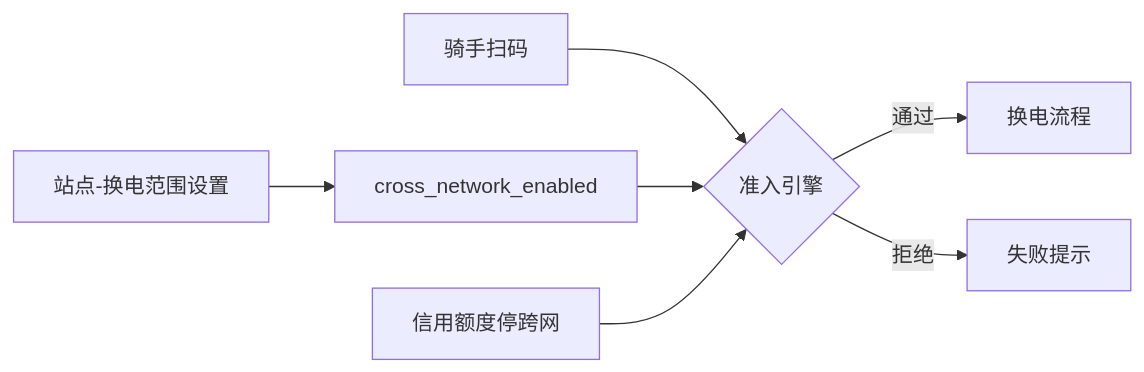
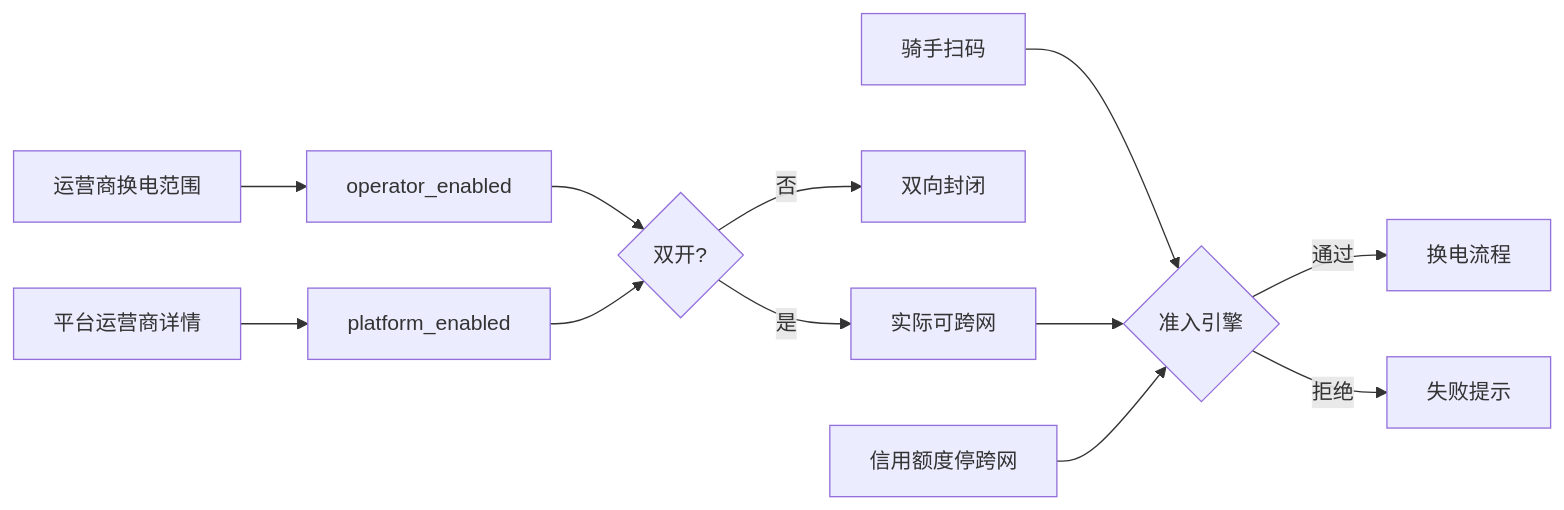
Before and after one commit to liudali/rider-swap-operator-prototype: the ninth of 16 diagrams in docs/功能结构与业务流程.md, drawn with Mermaid. The commit also changed other lines of this file and 35 other files, not shown here.

````diff
--- a/docs/功能结构与业务流程.md
+++ b/docs/功能结构与业务流程.md
@@ -338,9 +338,14 @@
 ```mermaid
 flowchart LR
-  CFG[站点-换电范围设置] --> NET[cross_network_enabled]
+  CFG[运营商换电范围] --> OP[operator_enabled]
+  CFG2[平台运营商详情] --> PL[platform_enabled]
+  OP --> AND{双开?}
+  PL --> AND
+  AND -->|是| NET[实际可跨网]
+  AND -->|否| BLOCK[双向封闭]
   SCAN[骑手扫码] --> GATE{准入引擎}
   NET --> GATE
   CREDIT[信用额度停跨网] --> GATE
   GATE -->|通过| OK[换电流程]
   GATE -->|拒绝| TOAST[失败提示]
 ```
````
